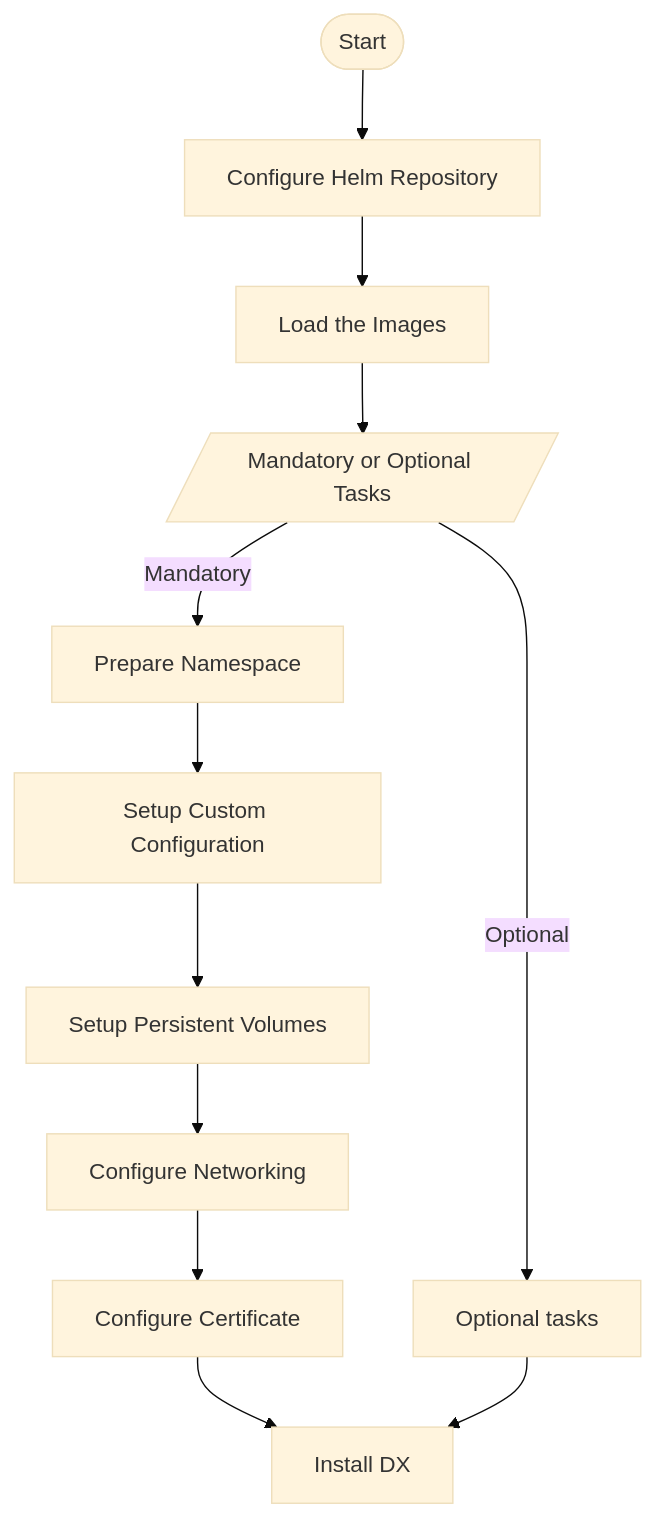
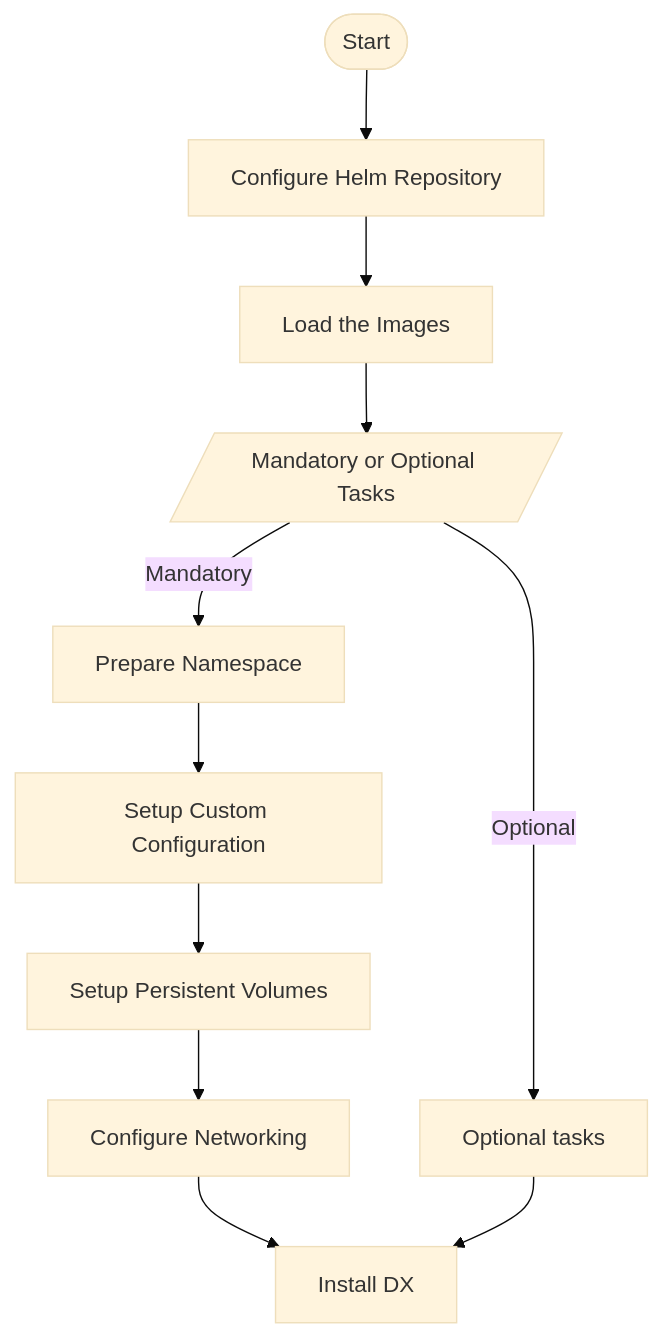
Before and after one commit to HCL-TECH-SOFTWARE/digital-experience: the diagram in docs/deployment/install/container/helm_deployment/overview.md, drawn with Mermaid (base theme). The commit also changed 4 other files, not shown here.

````diff
--- a/docs/deployment/install/container/helm_deployment/overview.md
+++ b/docs/deployment/install/container/helm_deployment/overview.md
@@ -18,44 +18,41 @@
 ``` mermaid
 flowchart TD
   accTitle: Steps in DX Helm installation.
   accDescr: Flowchart showing the mandatory and optional steps in DX Helm installation.
 
   A([Start])
   B1[Configure Helm Repository];
   B2[Load the Images];
   C[/Mandatory or Optional Tasks/];
   D[Prepare Namespace];
   E[Setup Custom Configuration];
   F[Setup Persistent Volumes];
   G[Configure Networking];
-  H[Configure Certificate];
-  I[Optional tasks];
-  J[Install DX]
+  H[Optional tasks];
+  I[Install DX]
 
   A --> B1;
   B1 --> B2;
   B2 --> C;
   C --> |Mandatory| D;
   D --> E;
   E --> F;
   F --> G;
-  G --> H;
-  H --> J;
-  C ----> |Optional| I;
-  I --> J;
+  G --> I;
+  C ----> |Optional| H;
+  H --> I;
 
   click B1 "../preparation/get_the_code/configure_harbor_helm_repo/"
   click B2 "../preparation/get_the_code/prepare_load_images/"
   click D "../preparation/mandatory_tasks/prepare_namespace/"
   click E "../preparation/mandatory_tasks/prepare_configuration/"
   click F "../preparation/mandatory_tasks/prepare_persistent_volume_claims/"
   click G "../preparation/mandatory_tasks/prepare_configure_networking/"
-  click H "../preparation/mandatory_tasks/prepare_ingress_certificate/"
-  click I "../preparation/optional_tasks/optional_internal_networking/"
-  click J "../helm_install_commands/"
+  click H "../preparation/optional_tasks/optional_internal_networking/"
+  click I "../helm_install_commands/"
 
 
 
 
 
 ``` 
````
